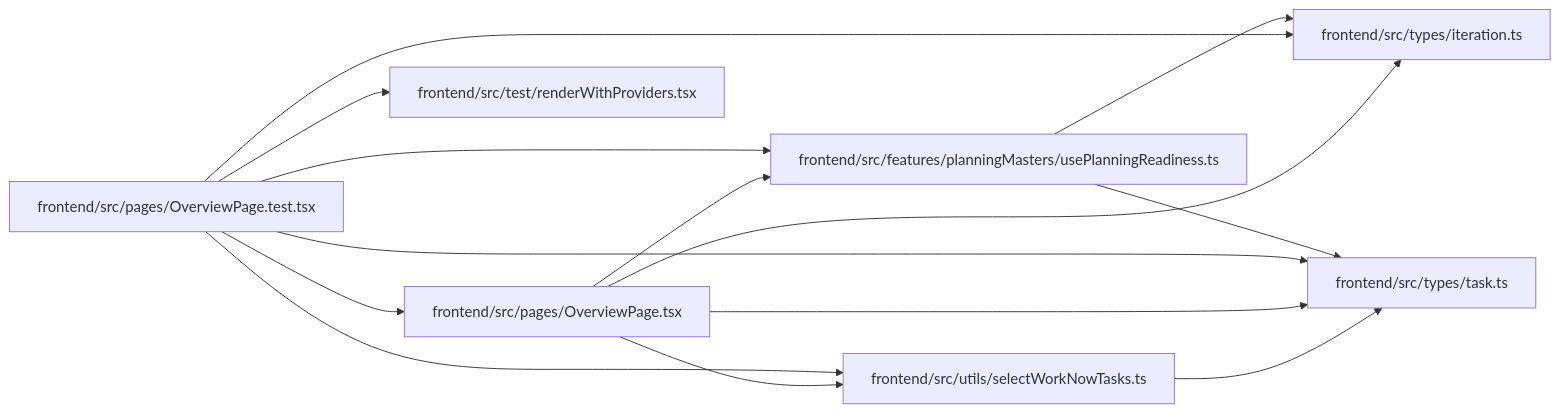
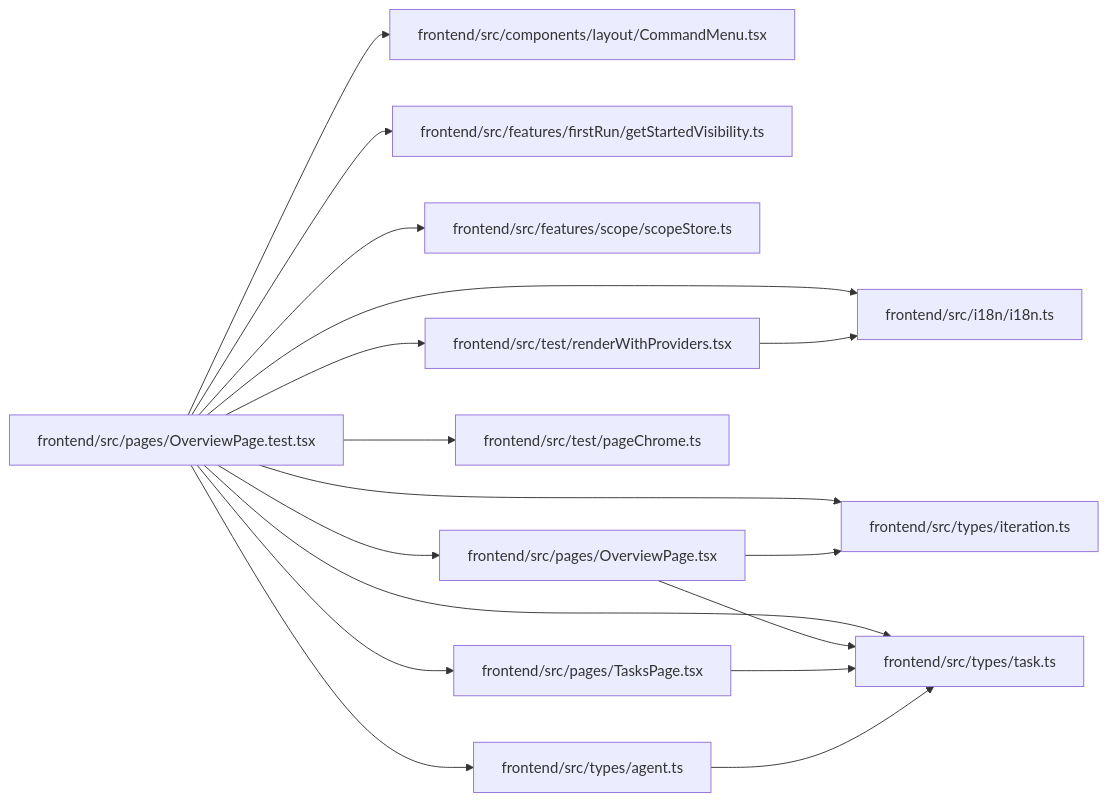
One commit to Denissvgn/WorkChord changed the diagram in docs/llm_wiki/modules/OverviewPage.test.md. Above: the diagram before and after it, drawn with Mermaid. The commit also changed other lines of this file and 2373 other files, not shown here.

````diff
--- a/docs/llm_wiki/modules/OverviewPage.test.md
+++ b/docs/llm_wiki/modules/OverviewPage.test.md
@@ -35,30 +40,43 @@
 ```mermaid
 flowchart LR
-    n0["frontend/src/features/planningMasters/usePlanningReadiness.ts"]
-    n1["frontend/src/pages/OverviewPage.test.tsx"]
-    n2["frontend/src/pages/OverviewPage.tsx"]
-    n3["frontend/src/test/renderWithProviders.tsx"]
-    n4["frontend/src/types/iteration.ts"]
-    n5["frontend/src/types/task.ts"]
-    n6["frontend/src/utils/selectWorkNowTasks.ts"]
-    n0 --> n4
-    n0 --> n5
-    n1 --> n0
-    n1 --> n2
-    n1 --> n3
-    n1 --> n4
-    n1 --> n5
-    n1 --> n6
-    n2 --> n0
-    n2 --> n4
-    n2 --> n5
-    n2 --> n6
-    n6 --> n5
-    click n0 "../modules/usePlanningReadiness.md"
-    click n1 "../modules/OverviewPage.test.md"
-    click n2 "../modules/OverviewPage.md"
-    click n3 "../modules/renderWithProviders.md"
-    click n4 "../modules/types_iteration.md"
-    click n5 "../modules/types_task.md"
-    click n6 "../modules/selectWorkNowTasks.md"
+    n0["frontend/src/components/layout/CommandMenu.tsx"]
+    n1["frontend/src/features/firstRun/getStartedVisibility.ts"]
+    n2["frontend/src/features/scope/scopeStore.ts"]
+    n3["frontend/src/i18n/i18n.ts"]
+    n4["frontend/src/pages/OverviewPage.test.tsx"]
+    n5["frontend/src/pages/OverviewPage.tsx"]
+    n6["frontend/src/pages/TasksPage.tsx"]
+    n7["frontend/src/test/pageChrome.ts"]
+    n8["frontend/src/test/renderWithProviders.tsx"]
+    n9["frontend/src/types/agent.ts"]
+    n10["frontend/src/types/iteration.ts"]
+    n11["frontend/src/types/task.ts"]
+    n4 --> n0
+    n4 --> n1
+    n4 --> n2
+    n4 --> n3
+    n4 --> n5
+    n4 --> n6
+    n4 --> n7
+    n4 --> n8
+    n4 --> n9
+    n4 --> n10
+    n4 --> n11
+    n5 --> n10
+    n5 --> n11
+    n6 --> n11
+    n8 --> n3
+    n9 --> n11
+    click n0 "../modules/CommandMenu.md"
+    click n1 "../modules/getStartedVisibility.md"
+    click n2 "../modules/scopeStore.md"
+    click n3 "../modules/i18n.md"
+    click n4 "../modules/OverviewPage.test.md"
+    click n5 "../modules/OverviewPage.md"
+    click n6 "../modules/TasksPage.md"
+    click n7 "../modules/pageChrome.md"
+    click n8 "../modules/renderWithProviders.md"
+    click n9 "../modules/types_agent.md"
+    click n10 "../modules/types_iteration.md"
+    click n11 "../modules/types_task.md"
 ```
````
